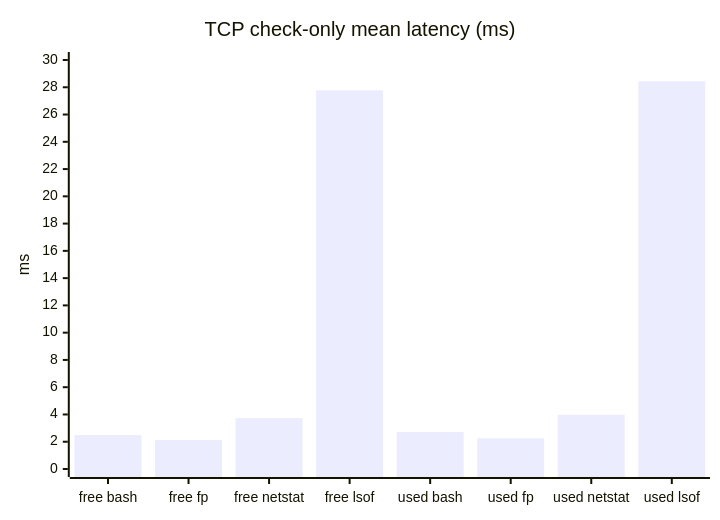
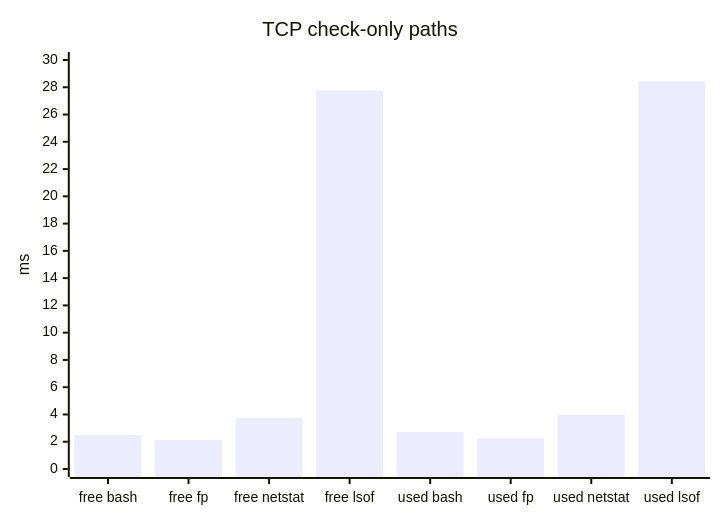
The fifth of 5 diagrams in README.md (ocodista/kill-port-now), drawn with Mermaid before and after one commit. The commit also changed other lines of this file, not shown here.

Commit message:
Improve benchmark chart readability

````diff
--- a/README.md
+++ b/README.md
@@ -68,7 +78,7 @@
 ```mermaid
 xychart-beta
-  title "TCP check-only mean latency (ms)"
+  title "TCP check-only paths"
   x-axis ["free bash", "free fp", "free netstat", "free lsof", "used bash", "used fp", "used netstat", "used lsof"]
   y-axis "ms" 0 --> 30
   bar [2.49, 2.13, 3.73, 27.77, 2.72, 2.25, 3.98, 28.44]
 ```
````
